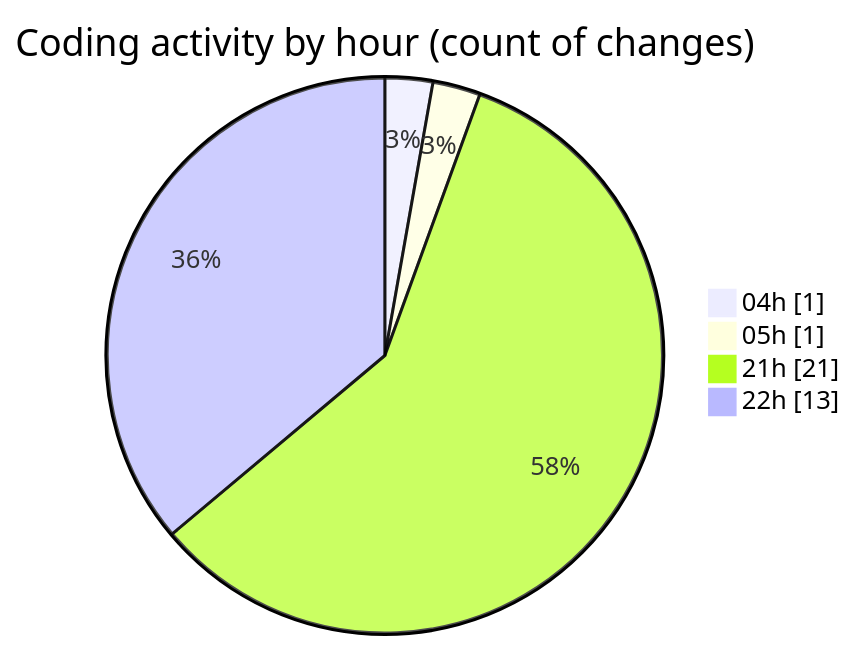
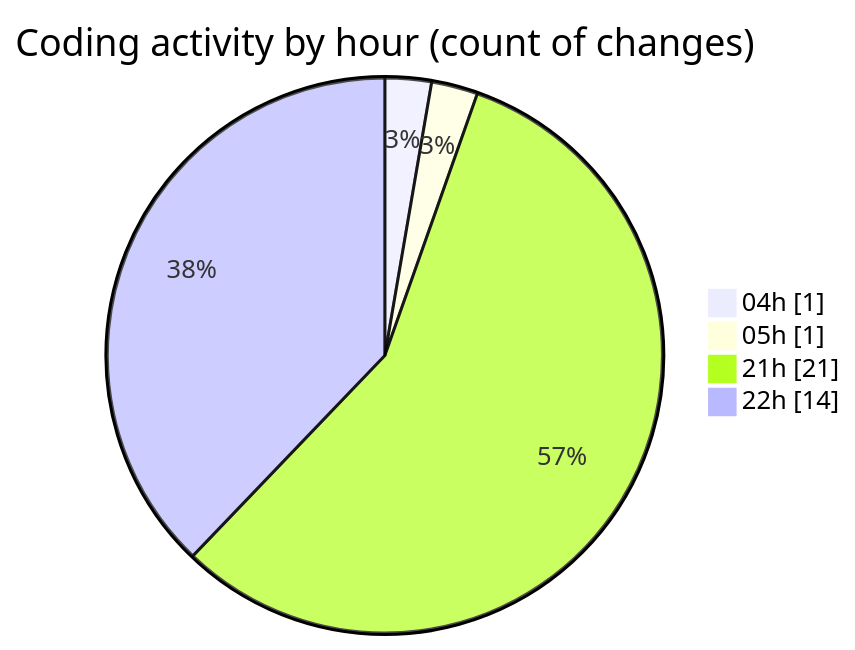
One commit to idhammustaqopulfikri/code-tracking changed the second of 2 diagrams in 2025-03-26/autodidak/README.md. Above: the diagram before and after it, drawn with Mermaid. The commit also changed other lines of this file and 1 other file, not shown here.

````diff
--- a/2025-03-26/autodidak/README.md
+++ b/2025-03-26/autodidak/README.md
@@ -42,8 +42,8 @@
 ```mermaid
 pie showData
 title Coding activity by hour (count of changes)
 "04h" : 1
 "05h" : 1
 "21h" : 21
-"22h" : 13
+"22h" : 14
 ```
````
